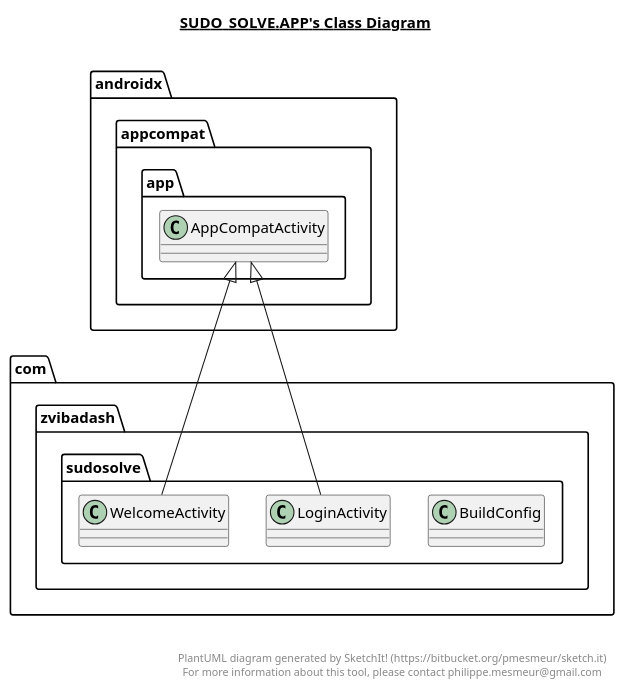
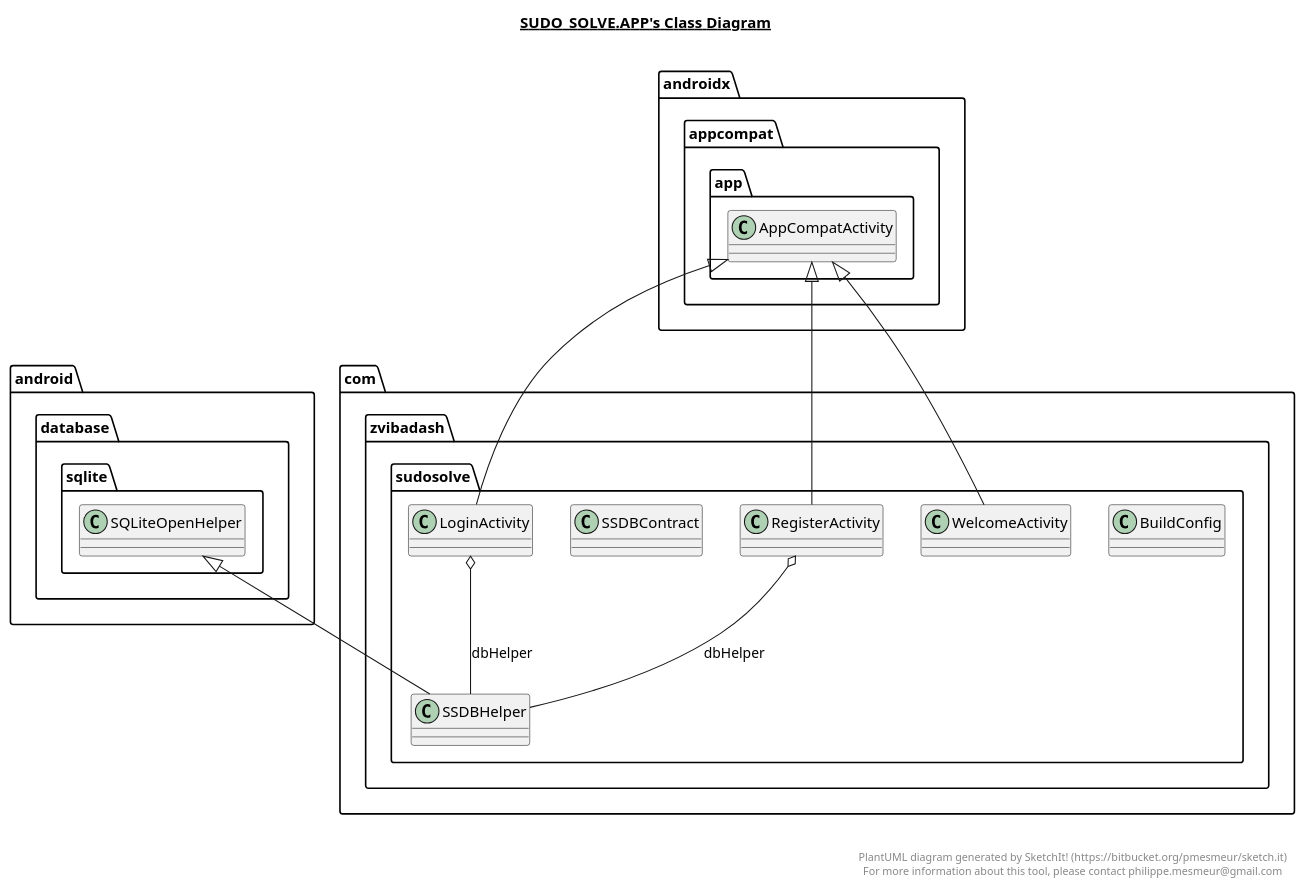
One commit to Zvi-Badash/Sudo-Solve changed the diagram in .idea/modules/app/app.plantuml. Above: the diagram before and after it, drawn with PlantUML. The commit also changed 5 other files, not shown here.

Commit message:
Updated the db schema.

```diff
--- a/.idea/modules/app/app.plantuml
+++ b/.idea/modules/app/app.plantuml
@@ -1,34 +1,56 @@
 @startuml
 
 title __SUDO_SOLVE.APP's Class Diagram__\n
 
   namespace com.zvibadash.sudosolve {
     class com.zvibadash.sudosolve.BuildConfig {
     }
   }
   
 
   namespace com.zvibadash.sudosolve {
     class com.zvibadash.sudosolve.LoginActivity {
     }
   }
   
 
   namespace com.zvibadash.sudosolve {
+    class com.zvibadash.sudosolve.RegisterActivity {
+    }
+  }
+  
+
+  namespace com.zvibadash.sudosolve {
+    class com.zvibadash.sudosolve.SSDBContract {
+    }
+  }
+  
+
+  namespace com.zvibadash.sudosolve {
+    class com.zvibadash.sudosolve.SSDBHelper {
+    }
+  }
+  
+
+  namespace com.zvibadash.sudosolve {
     class com.zvibadash.sudosolve.WelcomeActivity {
     }
   }
   
 
   com.zvibadash.sudosolve.LoginActivity -up-|> androidx.appcompat.app.AppCompatActivity
+  com.zvibadash.sudosolve.LoginActivity o-- com.zvibadash.sudosolve.SSDBHelper : dbHelper
+  com.zvibadash.sudosolve.RegisterActivity -up-|> androidx.appcompat.app.AppCompatActivity
+  com.zvibadash.sudosolve.RegisterActivity o-- com.zvibadash.sudosolve.SSDBHelper : dbHelper
+  com.zvibadash.sudosolve.SSDBHelper -up-|> android.database.sqlite.SQLiteOpenHelper
   com.zvibadash.sudosolve.WelcomeActivity -up-|> androidx.appcompat.app.AppCompatActivity
 
 
 right footer
 
 
 PlantUML diagram generated by SketchIt! (https://bitbucket.org/pmesmeur/sketch.it)
 For more information about this tool, please contact philippe.mesmeur@gmail.com
 endfooter
 
 @enduml
```
